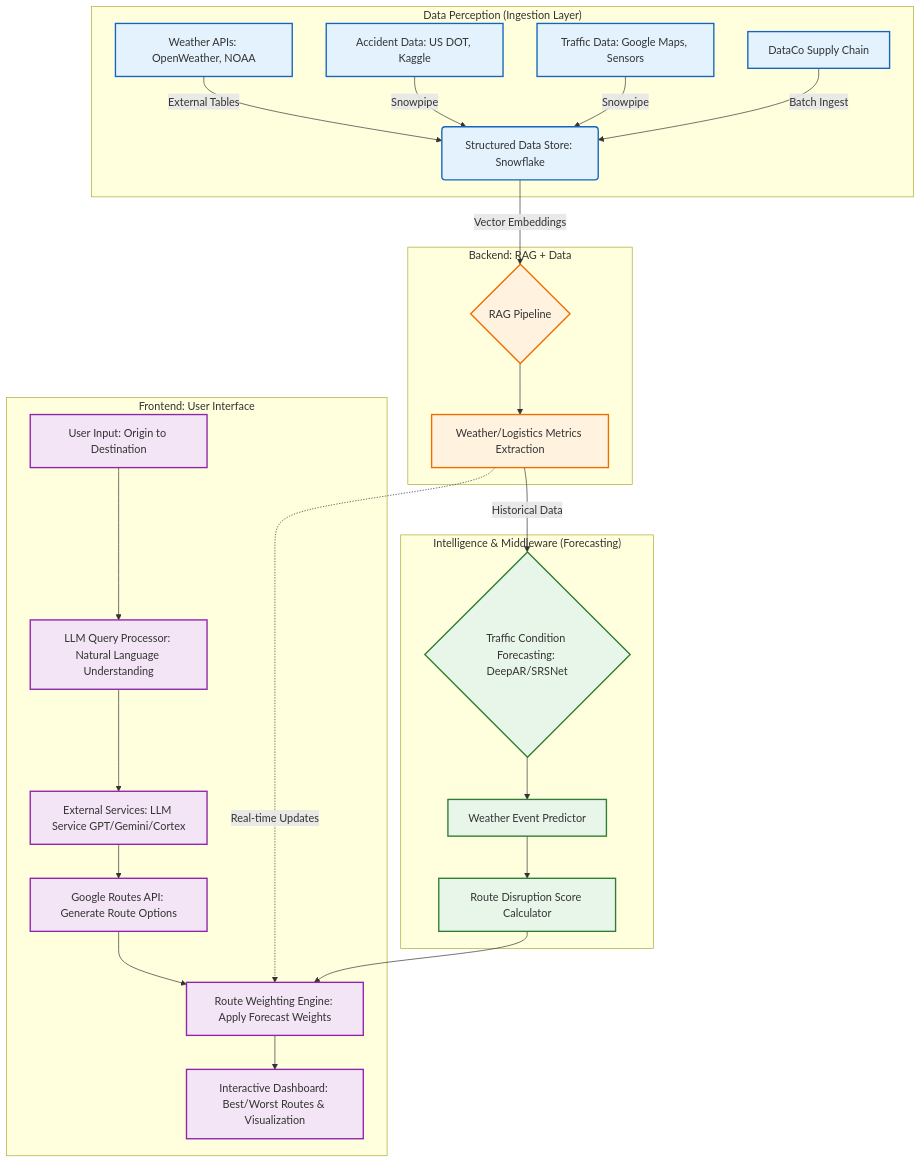
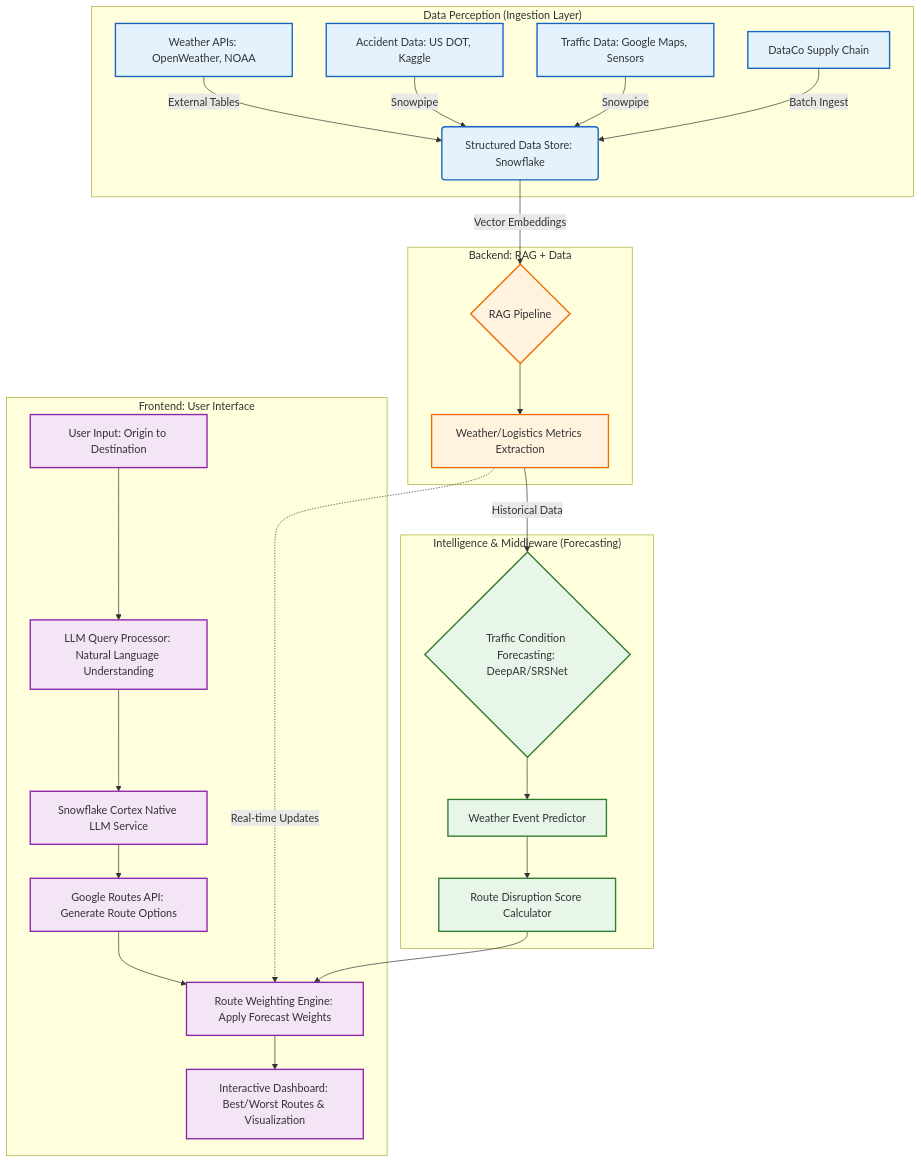
The diagram in docs/Figures/architecture2.mmd (mosomo82/CS5542_SmartSC_Optimization_System), drawn with Mermaid before and after one commit. The commit also changed 22 other files, not shown here.

```diff
--- a/docs/Figures/architecture2.mmd
+++ b/docs/Figures/architecture2.mmd
@@ -1,54 +1,54 @@
 graph TD
     %% Subgraphs and Nodes
     subgraph "Data Perception (Ingestion Layer)"
         A1[Weather APIs: OpenWeather, NOAA]
         A2[Accident Data: US DOT, Kaggle]
         A3[Traffic Data: Google Maps, Sensors]
         A4[DataCo Supply Chain]
         B(Structured Data Store: Snowflake)
         A1 -->|External Tables| B
         A2 -->|Snowpipe| B
         A3 -->|Snowpipe| B
         A4 -->|Batch Ingest| B
     end
 
     subgraph "Backend: RAG + Data"
         B -->|Vector Embeddings| C{RAG Pipeline}
         C --> D[Weather/Logistics Metrics Extraction]
     end
 
     subgraph "Intelligence & Middleware (Forecasting)"
         D -->|Historical Data| FS{Traffic Condition Forecasting: DeepAR/SRSNet}
         FS --> G[Weather Event Predictor]
         G --> H[Route Disruption Score Calculator]
     end
 
     subgraph "Frontend: User Interface"
         UI_In[User Input: Origin to Destination] 
         LLM_Proc[LLM Query Processor: Natural Language Understanding]
-        Ext_LLM[External Services: LLM Service GPT/Gemini/Cortex]
+        Ext_LLM[Snowflake Cortex Native LLM Service]
         G_Route[Google Routes API: Generate Route Options]
         RW_Engine[Route Weighting Engine: Apply Forecast Weights]
         Dash[Interactive Dashboard: Best/Worst Routes & Visualization]
         UI_In --> LLM_Proc
         LLM_Proc --> Ext_LLM
         Ext_LLM --> G_Route
         H --> RW_Engine
         G_Route --> RW_Engine
         RW_Engine --> Dash
     end
 
     %% Real-time Updates Loop
     D -.->|Real-time Updates| RW_Engine
 
     %% Assign classes to nodes
     class A1,A2,A3,A4,B data;
     class C,D backend;
     class FS,G,H forecast;
     class UI_In,LLM_Proc,Ext_LLM,G_Route,RW_Engine,Dash frontend;
 
     %% Assign class styles
     classDef data fill:#e3f2fd,stroke:#1565c0,stroke-width:2px;
     classDef backend fill:#fff3e0,stroke:#ef6c00,stroke-width:2px;
     classDef forecast fill:#e8f5e9,stroke:#2e7d32,stroke-width:2px;
     classDef frontend fill:#f3e5f5,stroke:#8e24aa,stroke-width:2px;
```
